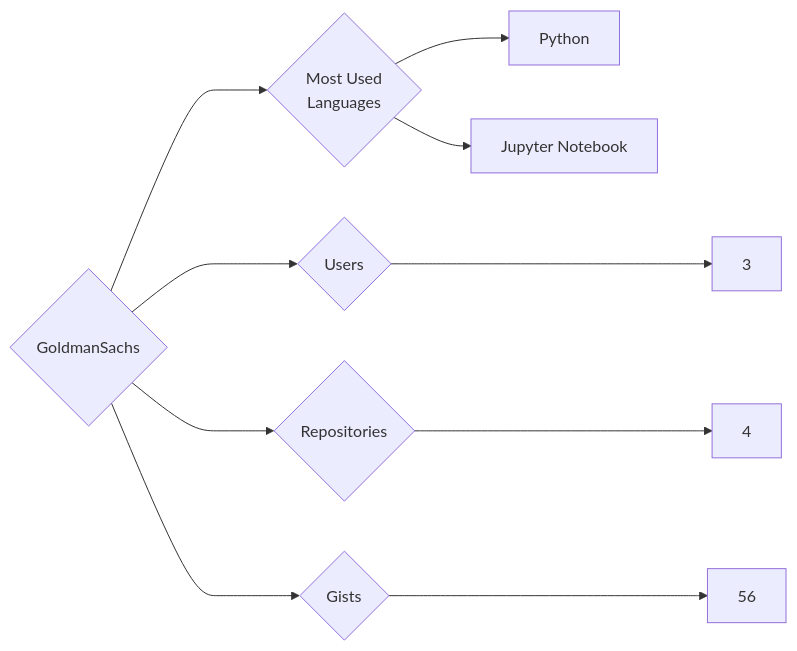
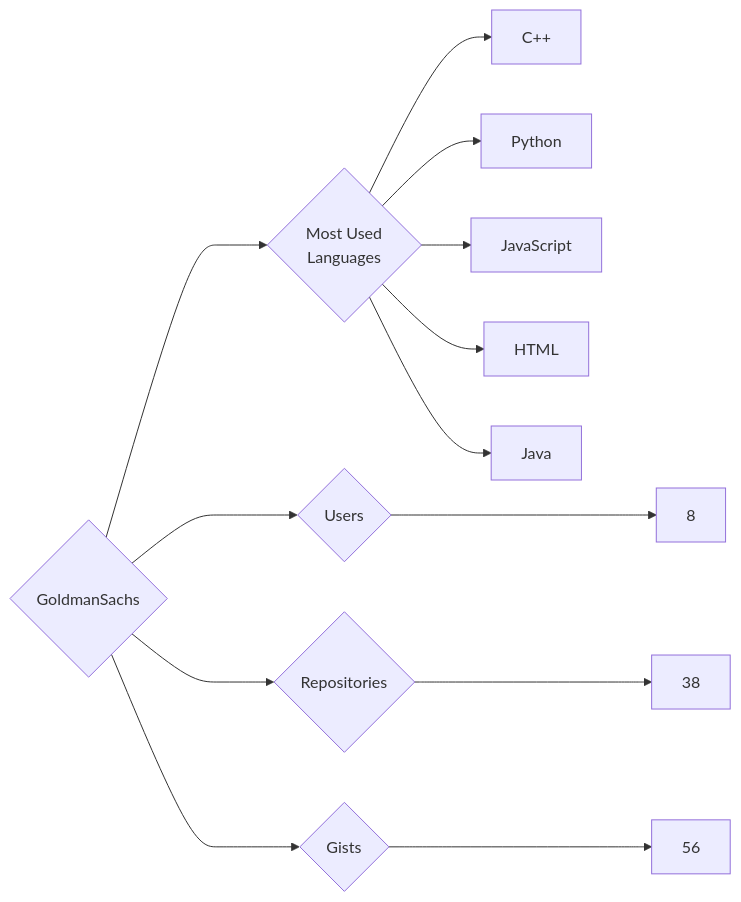
The diagram in targets/GoldmanSachs/README.md (trickest/insiders), drawn with Mermaid before and after one commit. The commit also changed 611 other files, not shown here.

````diff
--- a/targets/GoldmanSachs/README.md
+++ b/targets/GoldmanSachs/README.md
@@ -3,10 +3,13 @@
 ```mermaid
 graph LR
 COMPANY_NAME{GoldmanSachs}
-COMPANY_NAME ---> U{Users} ---> UN[3]
-COMPANY_NAME ---> R{Repositories} ---> RN[4]
+COMPANY_NAME ---> U{Users} ---> UN[8]
+COMPANY_NAME ---> R{Repositories} ---> RN[38]
 COMPANY_NAME ---> G{Gists} ---> GN[56]
 COMPANY_NAME ---> ML{Most Used<br>Languages}
+ML --> C++[C++]
 ML --> Python[Python]
-ML --> Jupyter_Notebook[Jupyter Notebook]
+ML --> JavaScript[JavaScript]
+ML --> HTML[HTML]
+ML --> Java[Java]
 ```
````
